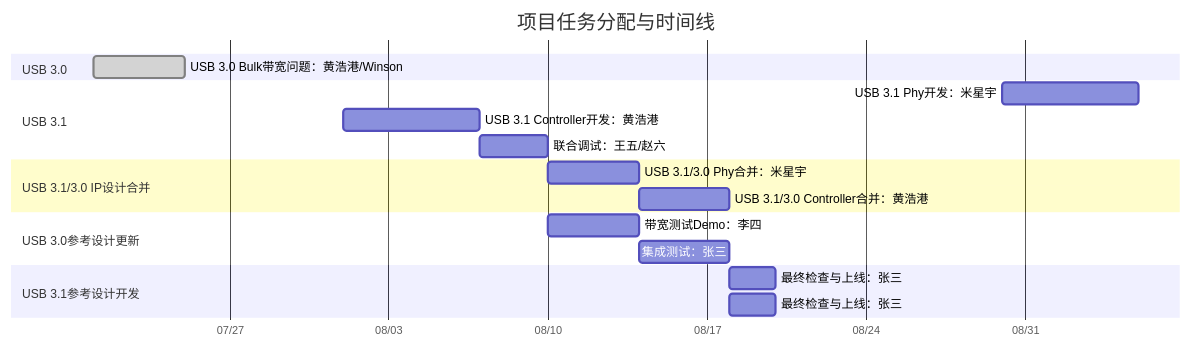
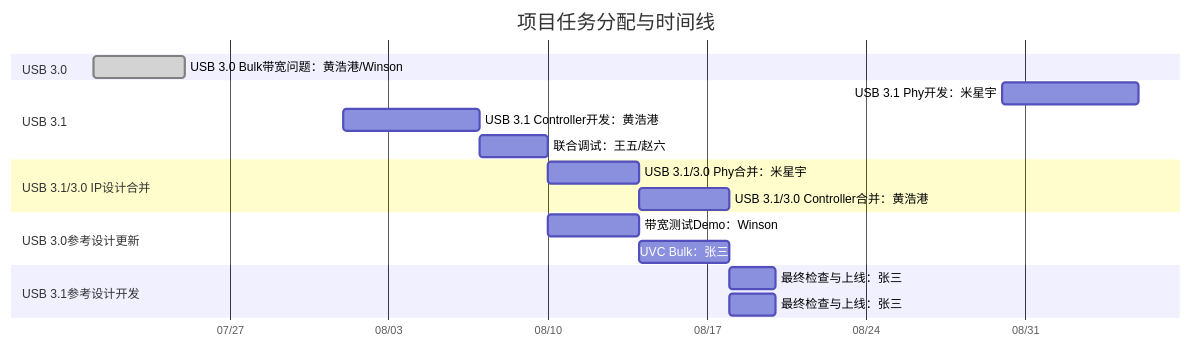
Before and after one commit to winsonbook/iodraw-files: the diagram in all/未命名.md, drawn with Mermaid.

Commit message:
2025-07-21 10:01:37 update

````diff
--- a/all/未命名.md
+++ b/all/未命名.md
@@ -1,29 +1,29 @@
 ```mermaid
 gantt
     title 项目任务分配与时间线
     dateFormat  YYYY-MM-DD
     axisFormat  %m/%d
 
     section USB 3.0
     USB 3.0 Bulk带宽问题：黄浩港/Winson   :done,    task1, 2025-07-21, 4d
 
     section USB 3.1
     USB 3.1 Phy开发：米星宇      :         task3, 2025-08-30, 6d
     USB 3.1 Controller开发：黄浩港      :  task4, 2025-08-01, 6d
     联合调试：王五/赵六  :         task5, 2025-08-07, 3d
 
     section USB 3.1/3.0 IP设计合并
     USB 3.1/3.0 Phy合并：米星宇       :         task6, 2025-08-10, 4d
     USB 3.1/3.0 Controller合并：黄浩港       :         task7, 2025-08-14, 4d
 
     section USB 3.0参考设计更新
-    带宽测试Demo：李四       :         task6, 2025-08-10, 4d
-    集成测试：张三       :         task7, 2025-08-14, 4d
+    带宽测试Demo：Winson       :         task6, 2025-08-10, 4d
+    UVC Bulk：张三       :         task7, 2025-08-14, 4d
 
     section USB 3.1参考设计开发
     最终检查与上线：张三 :         task8, 2025-08-18, 2d
 
     section USB 3.1参考设计开发
     最终检查与上线：张三 :         task8, 2025-08-18, 2d
 
 ```
````
